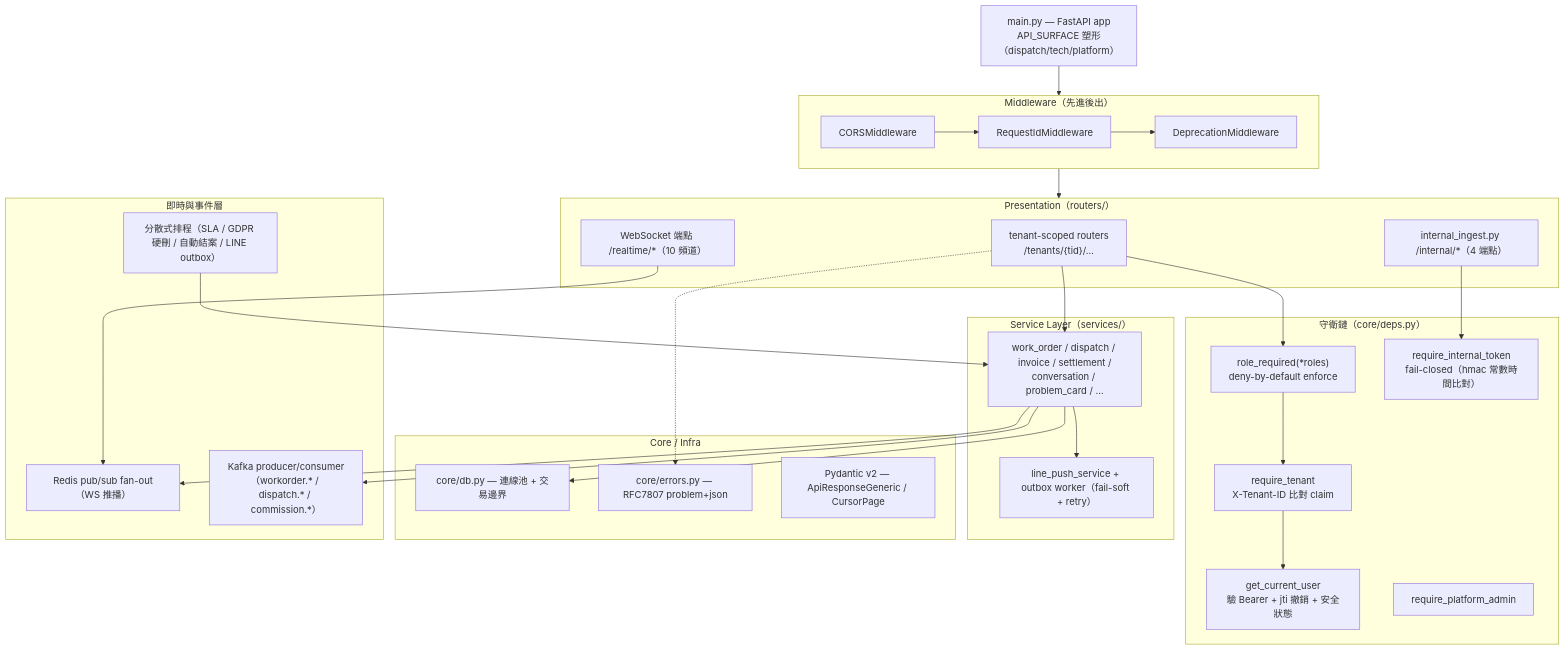
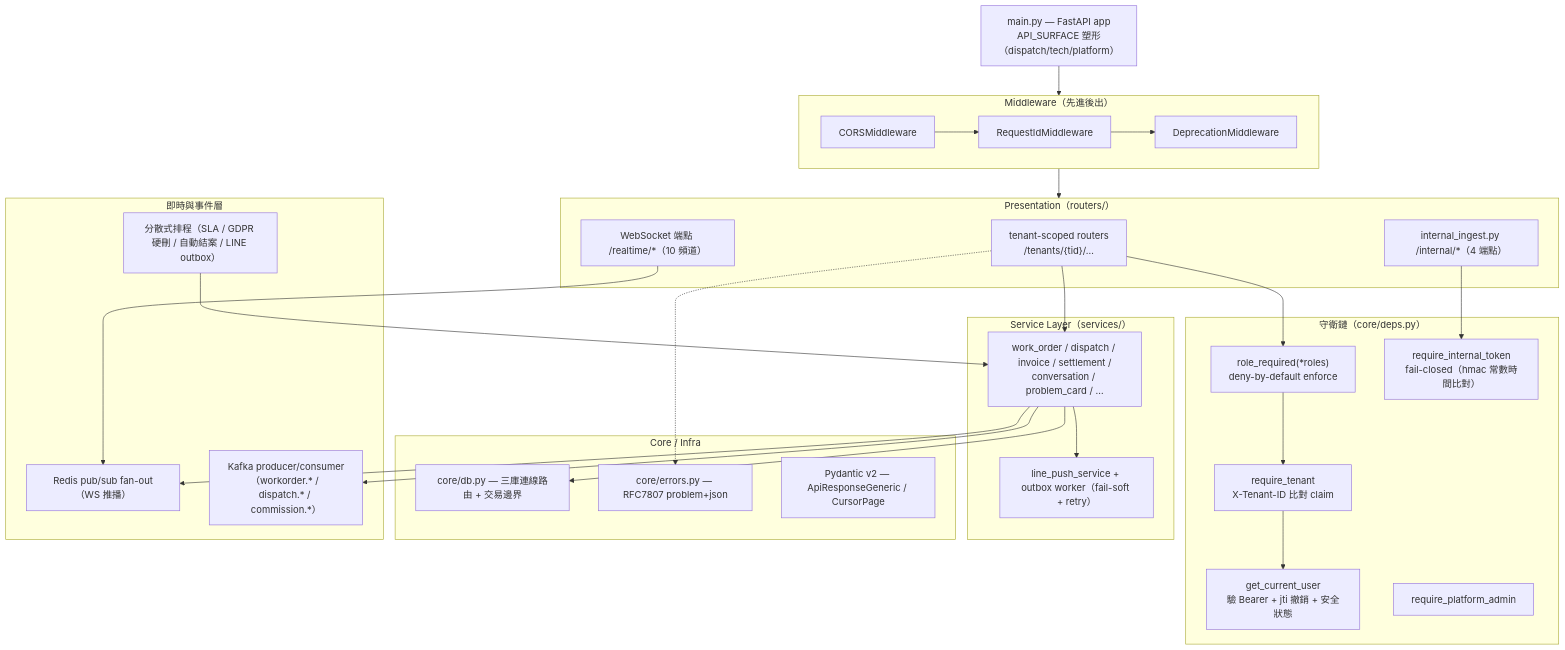
The fifth of 6 diagrams in smartlock-docs/enterprise/15_SDS.md (sunnyDataScience/Smart-Lock_AI_Support_Service_Dispatch_SaaS_Platform), drawn with Mermaid before and after one commit. The commit also changed other lines of this file and 15 other files, not shown here.

````diff
--- a/smartlock-docs/enterprise/15_SDS.md
+++ b/smartlock-docs/enterprise/15_SDS.md
@@ -426,43 +434,43 @@
 ```mermaid
 flowchart TD
     MAIN["main.py — FastAPI app<br/>API_SURFACE 塑形（dispatch/tech/platform）"]
     subgraph MW["Middleware（先進後出）"]
         CORS["CORSMiddleware"] --> REQID["RequestIdMiddleware"] --> DEP["DeprecationMiddleware"]
     end
     subgraph PRES["Presentation（routers/）"]
         R_V2["tenant-scoped routers<br/>/tenants/{tid}/…"]
         R_WS["WebSocket 端點 /realtime/*（10 頻道）"]
         R_INT["internal_ingest.py /internal/*（4 端點）"]
     end
     subgraph GUARD["守衛鏈（core/deps.py）"]
         G1["get_current_user<br/>驗 Bearer + jti 撤銷 + 安全狀態"]
         G2["require_tenant<br/>X-Tenant-ID 比對 claim"]
         G3["role_required(*roles)<br/>deny-by-default enforce"]
         G4["require_platform_admin"]
         G5["require_internal_token<br/>fail-closed（hmac 常數時間比對）"]
     end
     subgraph APP["Service Layer（services/）"]
         SVC["work_order / dispatch / invoice / settlement /<br/>conversation / problem_card / …"]
         LINEOUT["line_push_service + outbox worker（fail-soft + retry）"]
     end
     subgraph CORE["Core / Infra"]
-        DB["core/db.py — 連線池 + 交易邊界"]
+        DB["core/db.py — 三庫連線路由 + 交易邊界"]
         ERR["core/errors.py — RFC7807 problem+json"]
         MODELS["Pydantic v2 — ApiResponseGeneric / CursorPage"]
     end
     subgraph RTL["即時與事件層"]
         REDIS["Redis pub/sub fan-out（WS 推播）"]
         KAFKA["Kafka producer/consumer（workorder.* / dispatch.* / commission.*）"]
         SCHED["分散式排程（SLA / GDPR 硬刪 / 自動結案 / LINE outbox）"]
     end
     MAIN --> MW --> PRES
     R_V2 --> G3 --> G2 --> G1
     R_INT --> G5
     R_WS --> REDIS
     R_V2 --> SVC --> DB
     SVC --> REDIS
     SVC --> KAFKA
     SVC --> LINEOUT
     SCHED --> SVC
     R_V2 -.-> ERR
 ```
````
